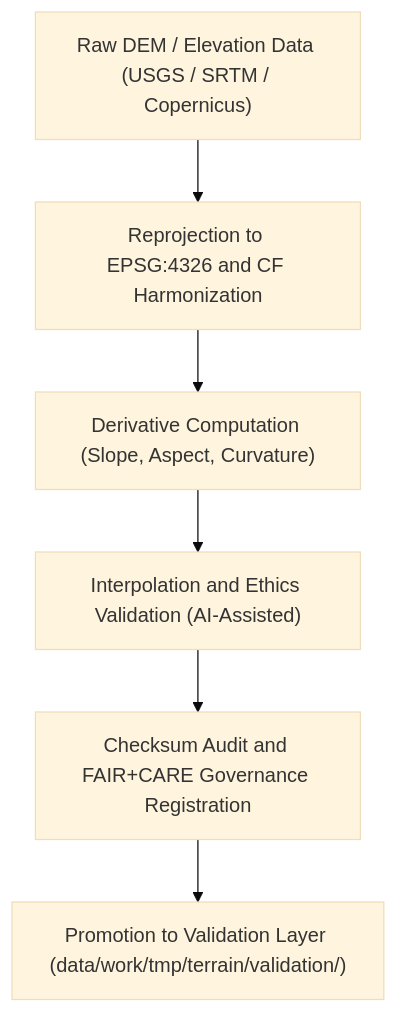
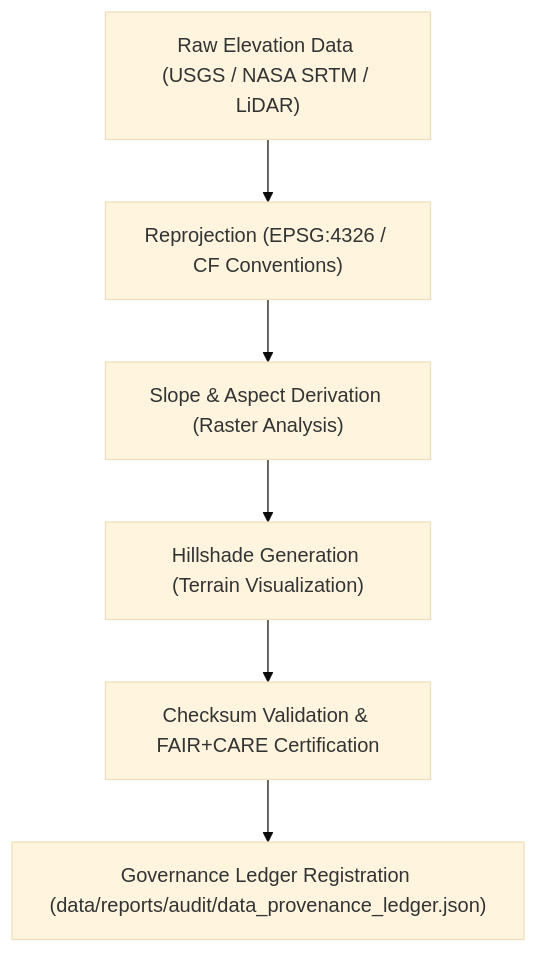
One commit to bartytime4life/Kansas-Frontier-Matrix changed the diagram in data/work/tmp/terrain/transforms/README.md. Above: the diagram before and after it, drawn with Mermaid (base theme). The commit also changed other lines of this file, not shown here.

````diff
--- a/data/work/tmp/terrain/transforms/README.md
+++ b/data/work/tmp/terrain/transforms/README.md
@@ -71,8 +66,8 @@
 ```mermaid
 flowchart TD
-    A["Raw DEM / Elevation Data (USGS / SRTM / Copernicus)"] --> B["Reprojection to EPSG:4326 and CF Harmonization"]
-    B --> C["Derivative Computation (Slope, Aspect, Curvature)"]
-    C --> D["Interpolation and Ethics Validation (AI-Assisted)"]
-    D --> E["Checksum Audit and FAIR+CARE Governance Registration"]
-    E --> F["Promotion to Validation Layer (data/work/tmp/terrain/validation/)"]
+    A["Raw Elevation Data (USGS / NASA SRTM / LiDAR)"] --> B["Reprojection (EPSG:4326 / CF Conventions)"]
+    B --> C["Slope & Aspect Derivation (Raster Analysis)"]
+    C --> D["Hillshade Generation (Terrain Visualization)"]
+    D --> E["Checksum Validation & FAIR+CARE Certification"]
+    E --> F["Governance Ledger Registration (data/reports/audit/data_provenance_ledger.json)"]
 ```
````
